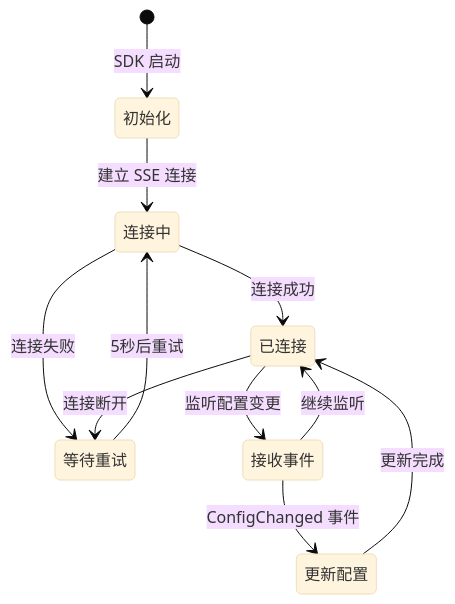
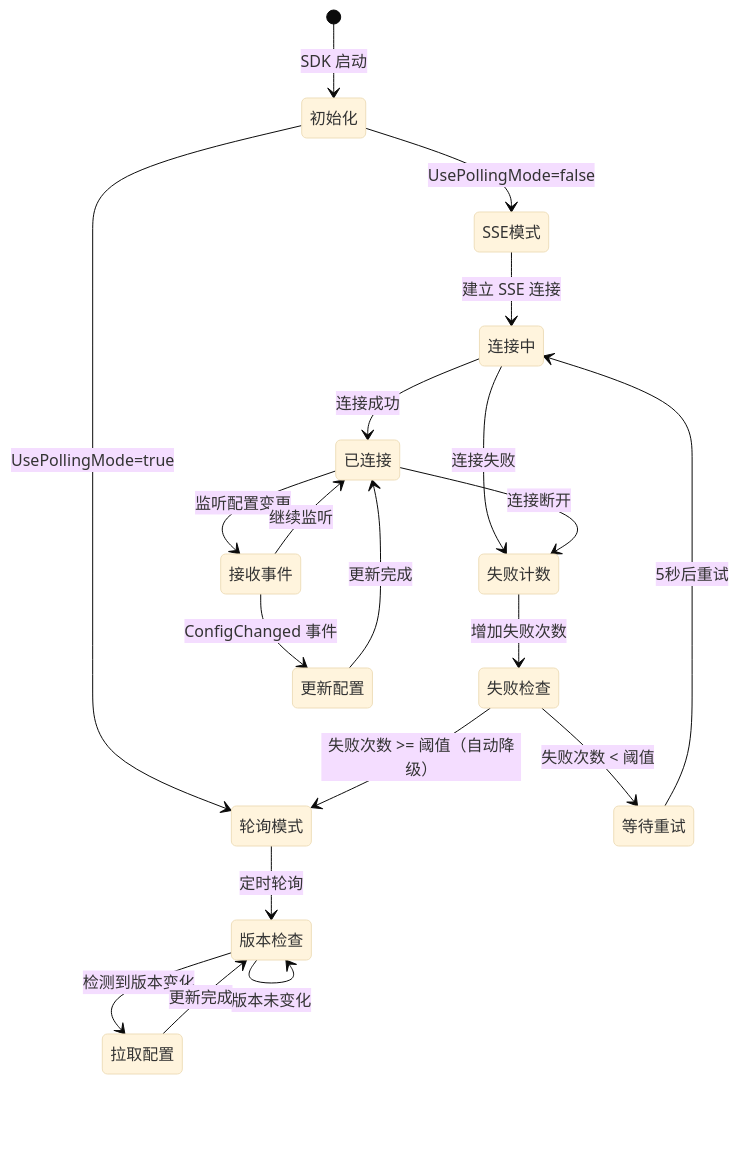
One commit to jianyuyanyu/CodeSpirit changed the fourth of 9 diagrams in Docs/03-Core-Components/config-center-architecture-overview-zh-CN.md. Above: the diagram before and after it, drawn with Mermaid (base theme). The commit also changed other lines of this file and 47 other files, not shown here.

````diff
--- a/Docs/03-Core-Components/config-center-architecture-overview-zh-CN.md
+++ b/Docs/03-Core-Components/config-center-architecture-overview-zh-CN.md
@@ -203,13 +490,26 @@
 ```mermaid
 stateDiagram-v2
     [*] --> 初始化: SDK 启动
-    初始化 --> 连接中: 建立 SSE 连接
+    初始化 --> SSE模式: UsePollingMode=false
+    初始化 --> 轮询模式: UsePollingMode=true
+    
+    SSE模式 --> 连接中: 建立 SSE 连接
     连接中 --> 已连接: 连接成功
-    连接中 --> 等待重试: 连接失败
+    连接中 --> 失败计数: 连接失败
+    失败计数 --> 失败检查: 增加失败次数
+    
+    失败检查 --> 等待重试: 失败次数 < 阈值
+    失败检查 --> 轮询模式: 失败次数 >= 阈值（自动降级）
+    
     已连接 --> 接收事件: 监听配置变更
     接收事件 --> 已连接: 继续监听
-    已连接 --> 等待重试: 连接断开
+    已连接 --> 失败计数: 连接断开
     等待重试 --> 连接中: 5秒后重试
     接收事件 --> 更新配置: ConfigChanged 事件
     更新配置 --> 已连接: 更新完成
+    
+    轮询模式 --> 版本检查: 定时轮询
+    版本检查 --> 版本检查: 版本未变化
+    版本检查 --> 拉取配置: 检测到版本变化
+    拉取配置 --> 版本检查: 更新完成
 ```
````
